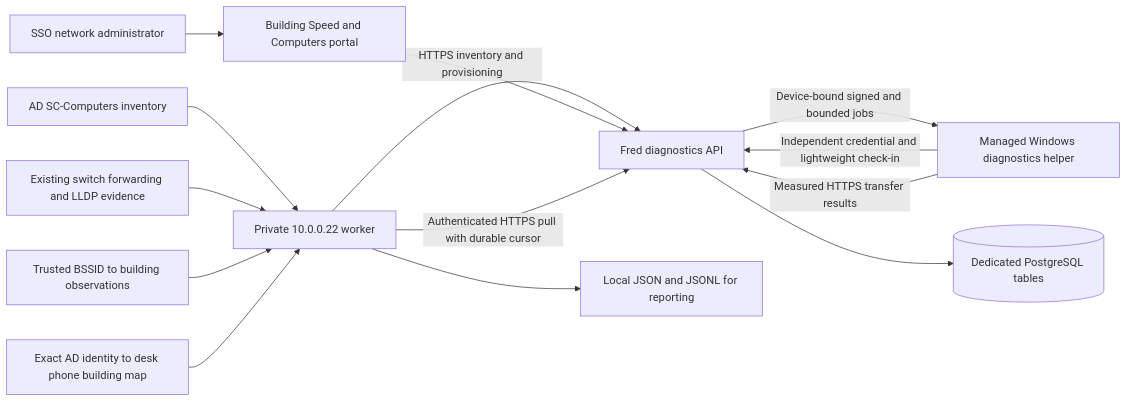
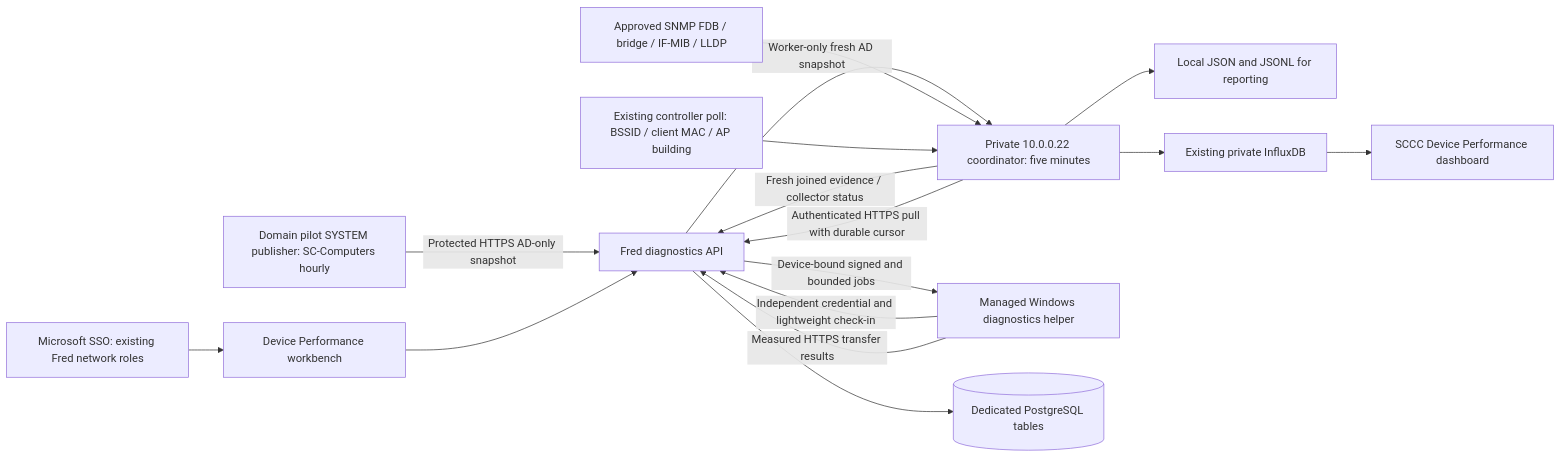
Before and after one commit to OlderschCoder/Network-Insight-Hub: the diagram in deploy/building-diagnostics/README.md, drawn with Mermaid. The commit also changed other lines of this file and 34 other files, not shown here.

Commit message:
Preserve frozen diagnostics pilot and reconciliation evidence

````diff
--- a/deploy/building-diagnostics/README.md
+++ b/deploy/building-diagnostics/README.md
@@ -7,16 +9,18 @@
 ```mermaid
 flowchart LR
-  AD[AD SC-Computers inventory] --> W[Private 10.0.0.22 worker]
-  SW[Existing switch forwarding and LLDP evidence] --> W
-  AP[Trusted BSSID to building observations] --> W
-  PH[Exact AD identity to desk phone building map] --> W
-  W -->|HTTPS inventory and provisioning| F[Fred diagnostics API]
+  AD[Domain pilot SYSTEM publisher: SC-Computers hourly] -->|Protected HTTPS AD-only snapshot| F[Fred diagnostics API]
+  F -->|Worker-only fresh AD snapshot| W[Private 10.0.0.22 coordinator: five minutes]
+  SW[Approved SNMP FDB / bridge / IF-MIB / LLDP] --> W
+  AP[Existing controller poll: BSSID / client MAC / AP building] --> W
+  W -->|Fresh joined evidence / collector status| F
   PC[Managed Windows diagnostics helper] -->|Independent credential and lightweight check-in| F
   F -->|Device-bound signed and bounded jobs| PC
   PC -->|Measured HTTPS transfer results| F
   F --> DB[(Dedicated PostgreSQL tables)]
-  ADMIN[SSO network administrator] --> UI[Building Speed and Computers portal]
+  ADMIN[Microsoft SSO: existing Fred network roles] --> UI[Device Performance workbench]
   UI --> F
   W -->|Authenticated HTTPS pull with durable cursor| F
   W --> OUT[Local JSON and JSONL for reporting]
+  W --> INFLUX[Existing private InfluxDB]
+  INFLUX --> GRAFANA[SCCC Device Performance dashboard]
 ```
````
